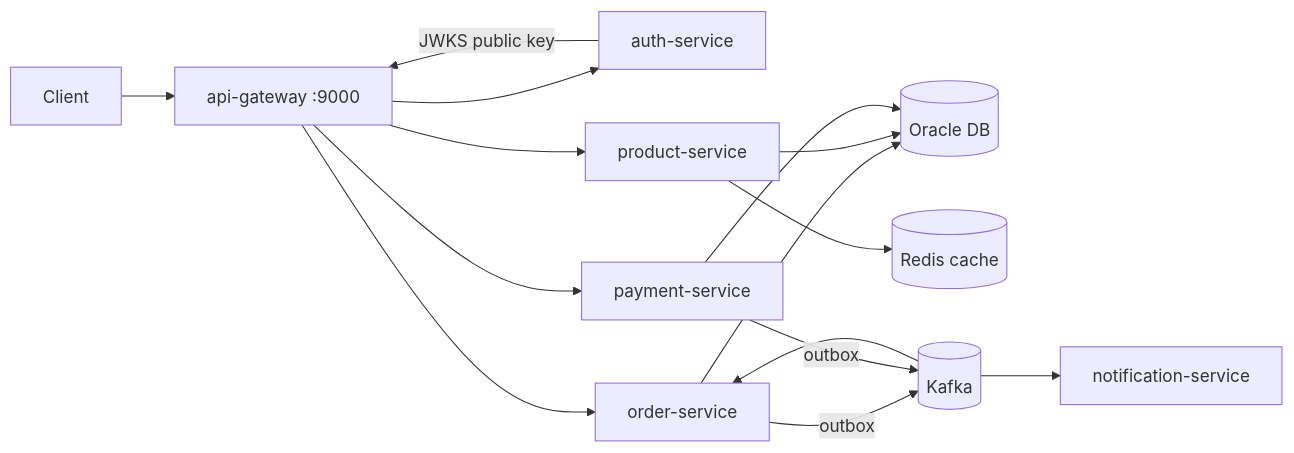
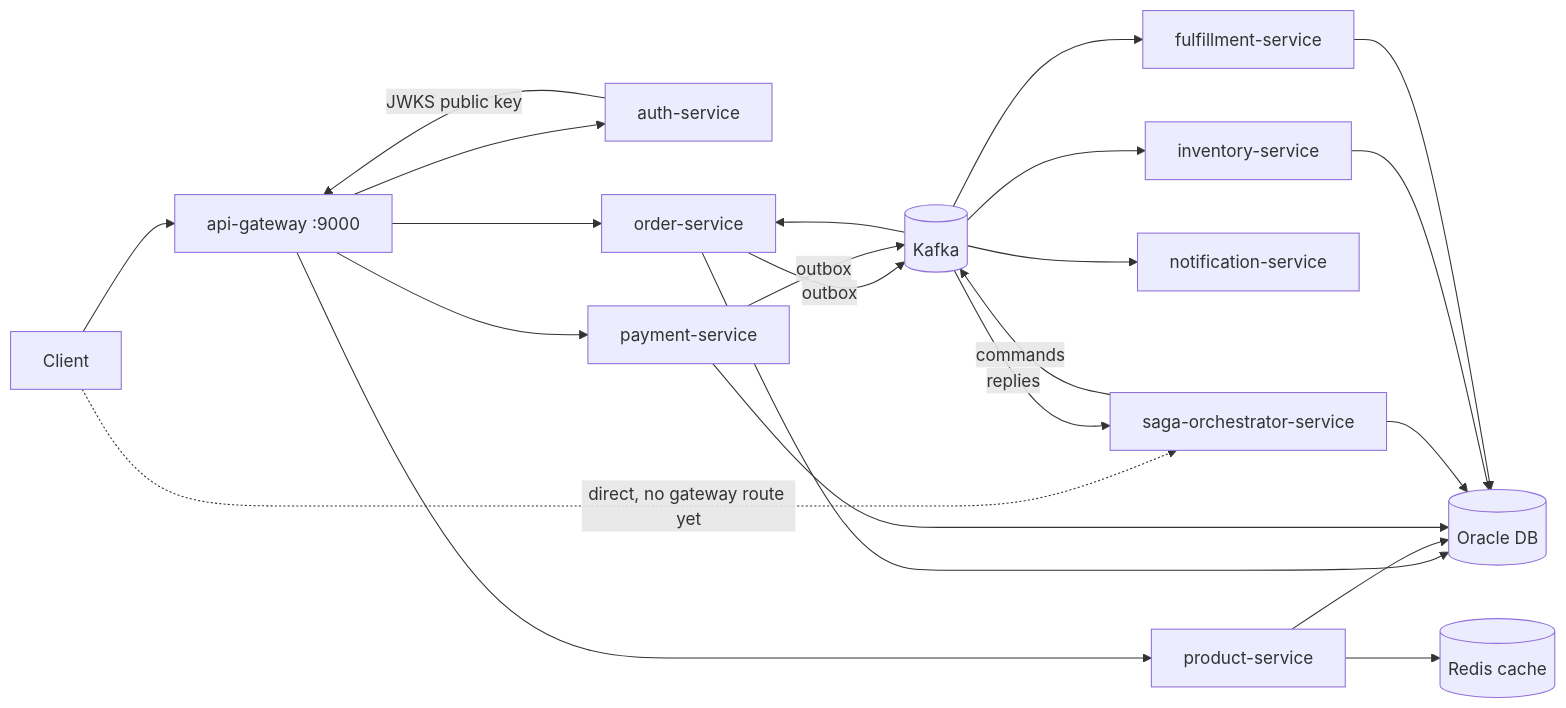
The diagram in README.md (AfifRana/sandbox), drawn with Mermaid before and after one commit. The commit also changed other lines of this file, not shown here.

First line of the commit message:
docs: update README for the v0.11.0 saga milestone

````diff
--- a/README.md
+++ b/README.md
@@ -9,17 +9,25 @@
 ```mermaid
 graph LR
     Client --> GW[api-gateway :9000]
     GW --> AUTH[auth-service]
     AUTH -->|JWKS public key| GW
     GW --> ORD[order-service]
     GW --> PROD[product-service]
     GW --> PAY[payment-service]
+    Client -.->|direct, no gateway route yet| SAGA[saga-orchestrator-service]
     ORD --> O[(Oracle DB)]
     PROD --> O
+    PAY --> O
+    SAGA --> O
     PROD --> R[(Redis cache)]
-    PAY --> O
     ORD -->|outbox| K[(Kafka)]
     PAY -->|outbox| K
     K --> ORD
     K --> NOTIF[notification-service]
+    SAGA -->|commands| K
+    K --> INV[inventory-service]
+    K --> FUL[fulfillment-service]
+    INV --> O
+    FUL --> O
+    K -->|replies| SAGA
 ```
````
